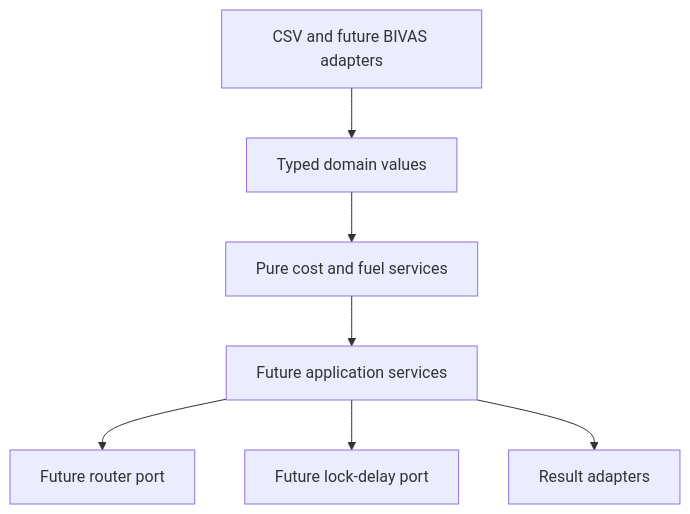
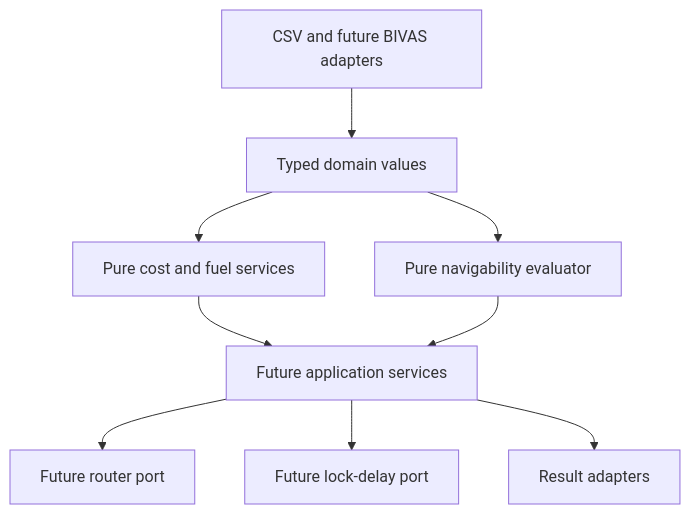
One commit to Deltares-research/iww-route-assignment changed the diagram in docs/architecture.md. Above: the diagram before and after it, drawn with Mermaid. The commit also changed other lines of this file and 8 other files, not shown here.

Commit message:
docs: document navigability evaluator and v0.3.0

````diff
--- a/docs/architecture.md
+++ b/docs/architecture.md
@@ -18,9 +18,11 @@
 ```mermaid
 flowchart TD
     A[CSV and future BIVAS adapters] --> B[Typed domain values]
     B --> C[Pure cost and fuel services]
+    B --> N[Pure navigability evaluator]
     C --> D[Future application services]
+    N --> D
     D --> E[Future router port]
     D --> F[Future lock-delay port]
     D --> G[Result adapters]
 ```
````
